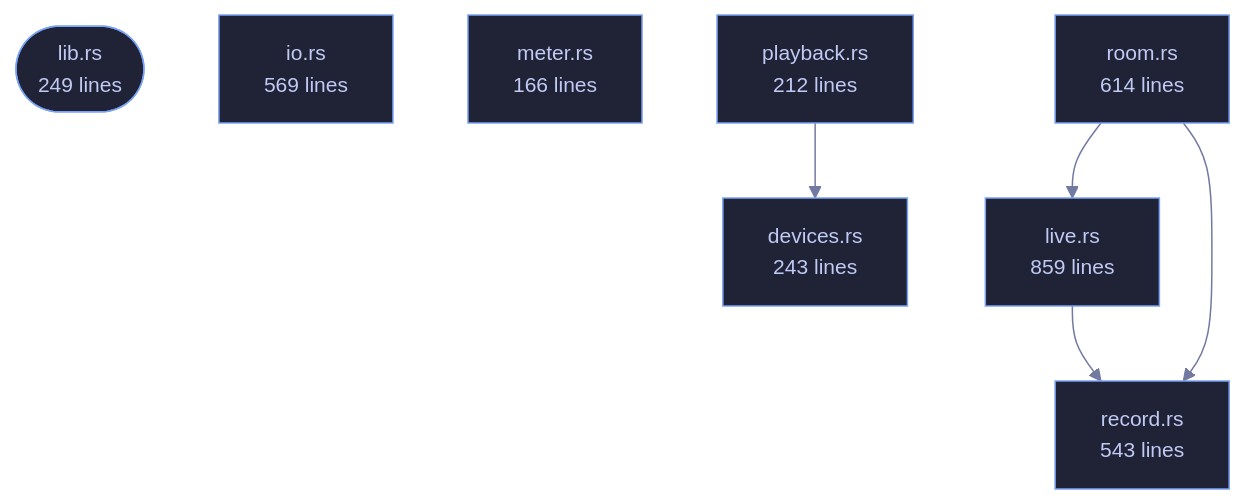
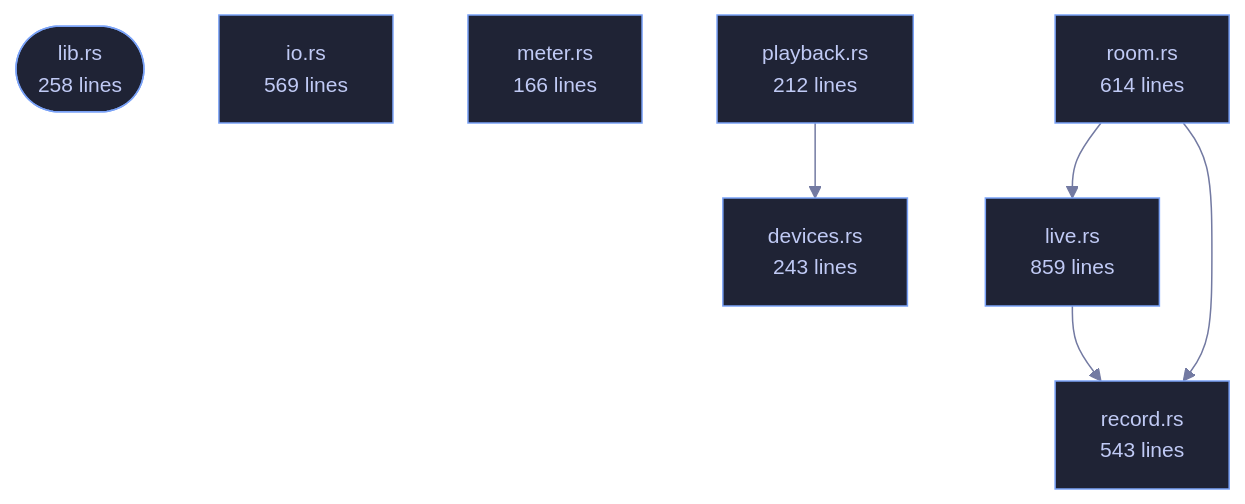
The diagram in wiki/Crate-veilvoice-audio.md (tilas01/veilvoice), drawn with Mermaid before and after one commit. The commit also changed other lines of this file and 19 other files, not shown here.

````diff
--- a/wiki/Crate-veilvoice-audio.md
+++ b/wiki/Crate-veilvoice-audio.md
@@ -67,24 +67,24 @@
 ```mermaid
 %%{init: {"theme":"base","themeVariables":{"background":"#1a1b26","primaryColor":"#1f2335","primaryTextColor":"#c0caf5","primaryBorderColor":"#7aa2f7","secondaryColor":"#16161e","tertiaryColor":"#16161e","lineColor":"#737aa2","textColor":"#c0caf5","mainBkg":"#1f2335","nodeBorder":"#7aa2f7","clusterBkg":"#16161e","clusterBorder":"#2f3549","fontFamily":"ui-monospace, SFMono-Regular, Consolas, monospace","fontSize":"14px"}}}%%
 flowchart TD
-    n_lib(["lib.rs<br/>249 lines"])
+    n_lib(["lib.rs<br/>258 lines"])
     n_devices["devices.rs<br/>243 lines"]
     n_io["io.rs<br/>569 lines"]
     n_live["live.rs<br/>859 lines"]
     n_meter["meter.rs<br/>166 lines"]
     n_playback["playback.rs<br/>212 lines"]
     n_record["record.rs<br/>543 lines"]
     n_room["room.rs<br/>614 lines"]
     n_live --> n_record
     n_playback --> n_devices
     n_room --> n_live
     n_room --> n_record
     click n_lib href "https://github.com/tilas01/veilvoice/blob/main/crates/veilvoice-audio/src/lib.rs" "open the source"
     click n_devices href "https://github.com/tilas01/veilvoice/blob/main/crates/veilvoice-audio/src/devices.rs" "open the source"
     click n_io href "https://github.com/tilas01/veilvoice/blob/main/crates/veilvoice-audio/src/io.rs" "open the source"
     click n_live href "https://github.com/tilas01/veilvoice/blob/main/crates/veilvoice-audio/src/live.rs" "open the source"
     click n_meter href "https://github.com/tilas01/veilvoice/blob/main/crates/veilvoice-audio/src/meter.rs" "open the source"
     click n_playback href "https://github.com/tilas01/veilvoice/blob/main/crates/veilvoice-audio/src/playback.rs" "open the source"
     click n_record href "https://github.com/tilas01/veilvoice/blob/main/crates/veilvoice-audio/src/record.rs" "open the source"
     click n_room href "https://github.com/tilas01/veilvoice/blob/main/crates/veilvoice-audio/src/room.rs" "open the source"
 ```
````
